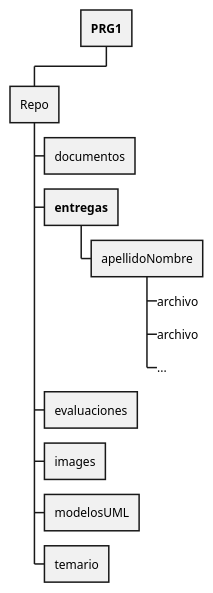
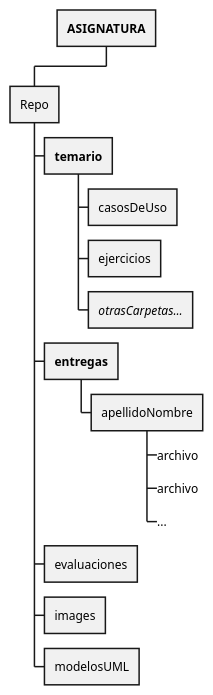
One commit to mmasias/24-25-IdSw1 changed the diagram in modelosUML/treeEntregas.puml. Above: the diagram before and after it, drawn with PlantUML. The commit also changed 10 other files, not shown here.

```diff
--- a/modelosUML/treeEntregas.puml
+++ b/modelosUML/treeEntregas.puml
@@ -1,17 +1,19 @@
 @startwbs
 
-+ **PRG1**
++ **ASIGNATURA**
  + Repo
-  + documentos
-  + **entregas**
+  + **temario**
+   + casosDeUso
+   + ejercicios
+   + <i>otrasCarpetas...</i>
+  + <b>entregas</b>
    + apellidoNombre
     +_ archivo
     +_ archivo
     +_ ...
   + evaluaciones
   + images
   + modelosUML
-  + temario
 
 
 @endwbs
```
